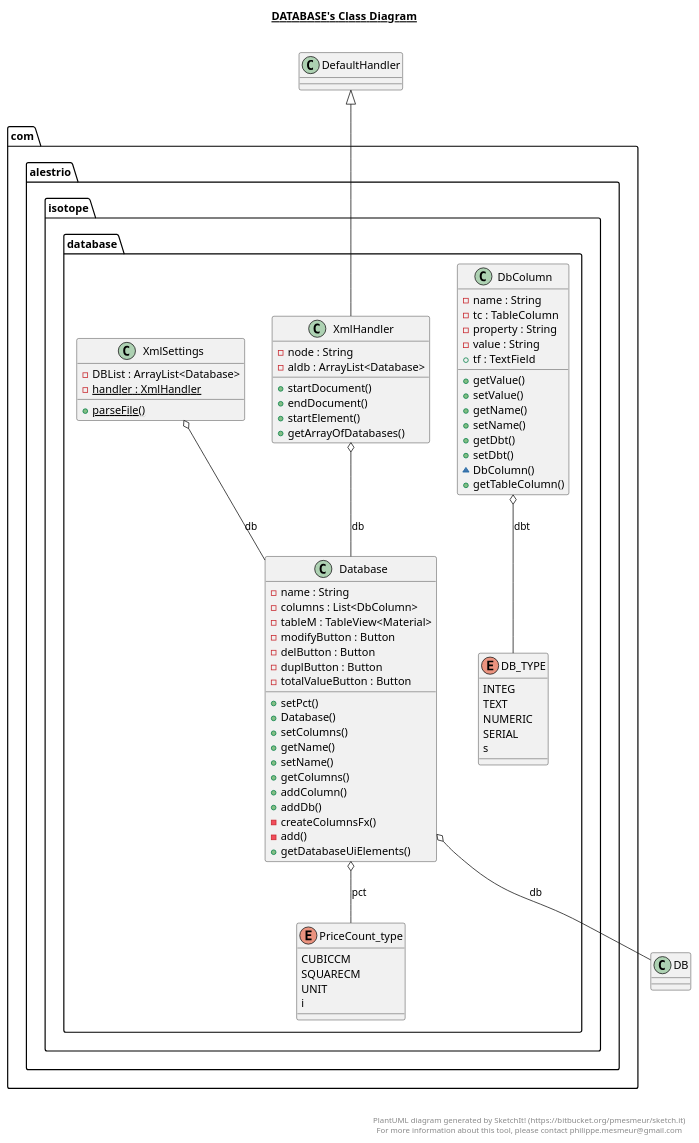
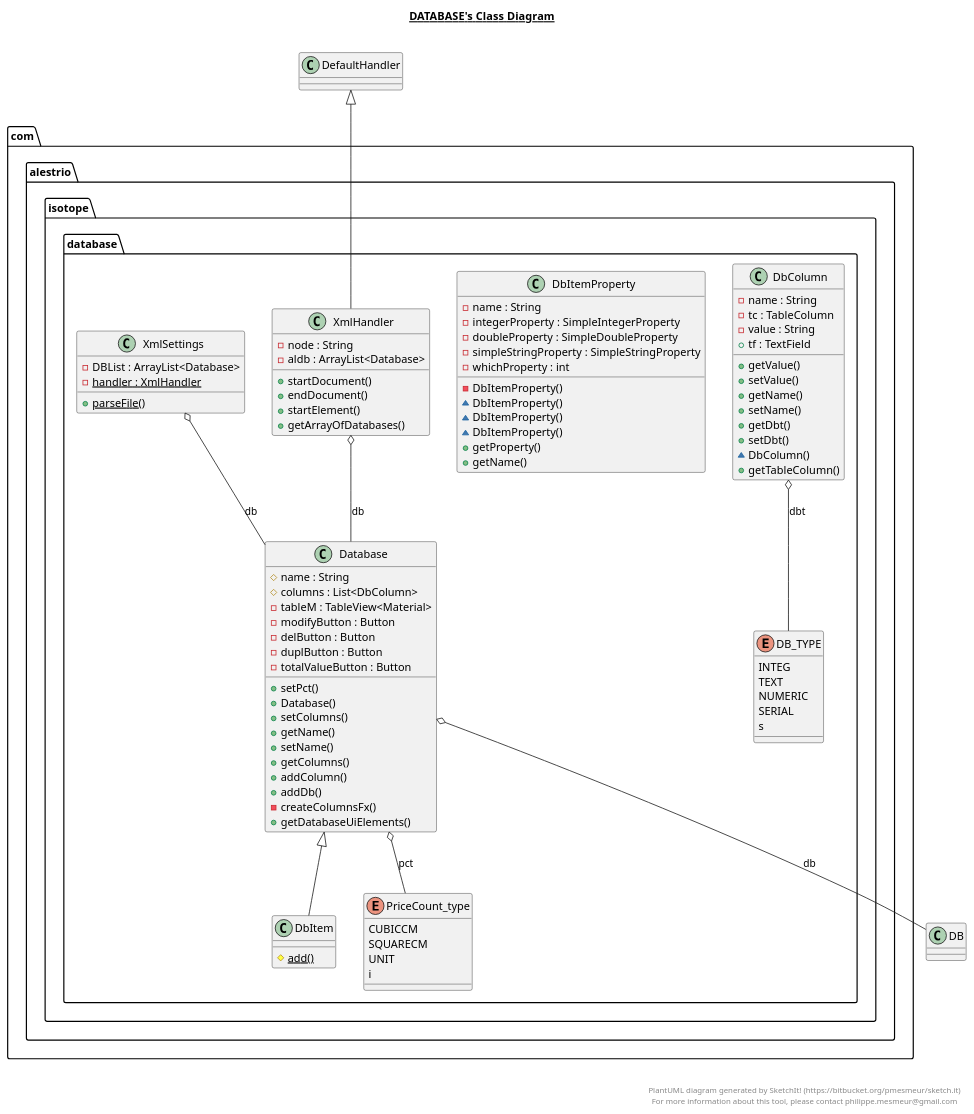
Before and after one commit to Alestrio/Isotope-StockManager: the diagram in Isotope/src/com/alestrio/isotope/database/database.plantuml, drawn with PlantUML. The commit also changed 7 other files, not shown here.

```diff
--- a/Isotope/src/com/alestrio/isotope/database/database.plantuml
+++ b/Isotope/src/com/alestrio/isotope/database/database.plantuml
@@ -1,117 +1,144 @@
 @startuml
 
 title __DATABASE's Class Diagram__\n
 
   package com.alestrio.isotope {
     package com.alestrio.isotope.database {
       enum DB_TYPE {
         INTEG
         TEXT
         NUMERIC
         SERIAL
         s
       }
     }
   }
   
 
   package com.alestrio.isotope {
     package com.alestrio.isotope.database {
       class Database {
-          - name : String
-          - columns : List<DbColumn>
+          # name : String
+          # columns : List<DbColumn>
           - tableM : TableView<Material>
           - modifyButton : Button
           - delButton : Button
           - duplButton : Button
           - totalValueButton : Button
           + setPct()
           + Database()
           + setColumns()
           + getName()
           + setName()
           + getColumns()
           + addColumn()
           + addDb()
           - createColumnsFx()
-          - add()
           + getDatabaseUiElements()
       }
     }
   }
   
 
   package com.alestrio.isotope {
     package com.alestrio.isotope.database {
       class DbColumn {
           - name : String
           - tc : TableColumn
-          - property : String
           - value : String
           + tf : TextField
           + getValue()
           + setValue()
           + getName()
           + setName()
           + getDbt()
           + setDbt()
           ~ DbColumn()
           + getTableColumn()
+      }
+    }
+  }
+  
+
+  package com.alestrio.isotope {
+    package com.alestrio.isotope.database {
+      class DbItem {
+          {static} # add()
+      }
+    }
+  }
+  
+
+  package com.alestrio.isotope {
+    package com.alestrio.isotope.database {
+      class DbItemProperty {
+          - name : String
+          - integerProperty : SimpleIntegerProperty
+          - doubleProperty : SimpleDoubleProperty
+          - simpleStringProperty : SimpleStringProperty
+          - whichProperty : int
+          - DbItemProperty()
+          ~ DbItemProperty()
+          ~ DbItemProperty()
+          ~ DbItemProperty()
+          + getProperty()
+          + getName()
       }
     }
   }
   
 
   package com.alestrio.isotope {
     package com.alestrio.isotope.database {
       enum PriceCount_type {
         CUBICCM
         SQUARECM
         UNIT
         i
       }
     }
   }
   
 
   package com.alestrio.isotope {
     package com.alestrio.isotope.database {
       class XmlHandler {
           - node : String
           - aldb : ArrayList<Database>
           + startDocument()
           + endDocument()
           + startElement()
           + getArrayOfDatabases()
       }
     }
   }
   
 
   package com.alestrio.isotope {
     package com.alestrio.isotope.database {
       class XmlSettings {
           - DBList : ArrayList<Database>
           {static} - handler : XmlHandler
           {static} + parseFile()
       }
     }
   }
   
 
   Database o-- DB : db
   Database o-- PriceCount_type : pct
   DbColumn o-- DB_TYPE : dbt
+  DbItem -up-|> Database
   XmlHandler -up-|> DefaultHandler
   XmlHandler o-- Database : db
   XmlSettings o-- Database : db
 
 
 right footer
 
 
 PlantUML diagram generated by SketchIt! (https://bitbucket.org/pmesmeur/sketch.it)
 For more information about this tool, please contact philippe.mesmeur@gmail.com
 endfooter
 
 @enduml
```
